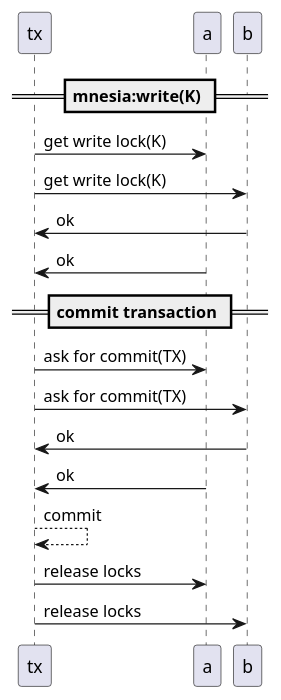
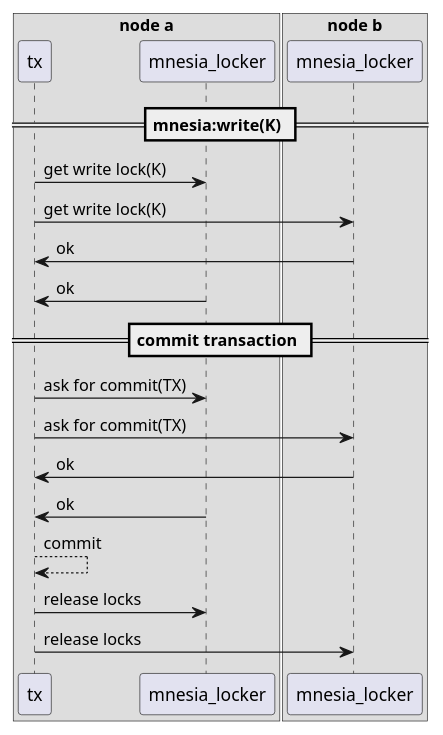
The third of 3 diagrams in posts/2021-04-26-mnesia.org (k32/k32), drawn with PlantUML before and after one commit. The commit also changed other lines of this file and 3 other files, not shown here.

Commit message:
More on transaction flow

```diff
--- a/posts/2021-04-26-mnesia.org
+++ b/posts/2021-04-26-mnesia.org
@@ -124,18 +205,26 @@
 #+BEGIN_SRC plantuml :file mnesia_simplified.svg
+box "node a"
+  participant tx
+  participant mnesia_locker as a
+end box
+box "node b"
+  participant mnesia_locker as b
+end box
+
 == mnesia:write(K) ==
 
 tx -> a : get write lock(K)
 tx -> b : get write lock(K)
 tx <- b : ok
 tx <- a : ok
 
 == commit transaction ==
 
 tx -> a : ask for commit(TX)
 tx -> b : ask for commit(TX)
 tx <- b : ok
 tx <- a : ok
 tx --> tx : commit
 tx -> a : release locks
 tx -> b : release locks
 #+END_SRC
```
